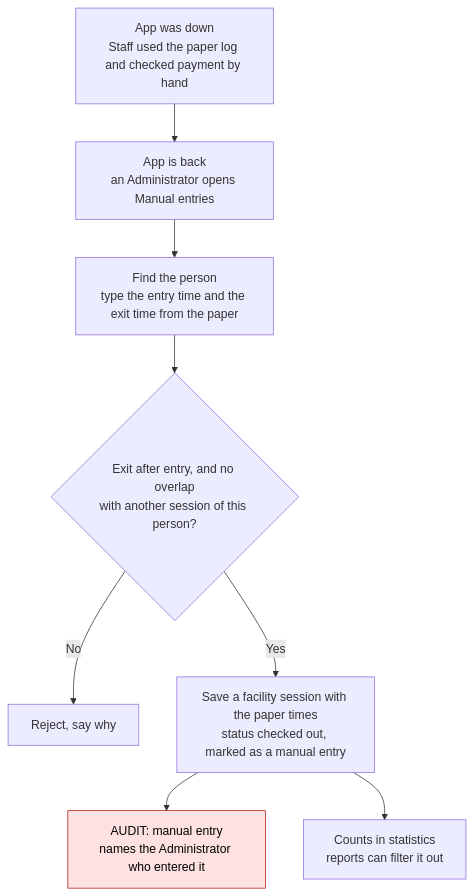
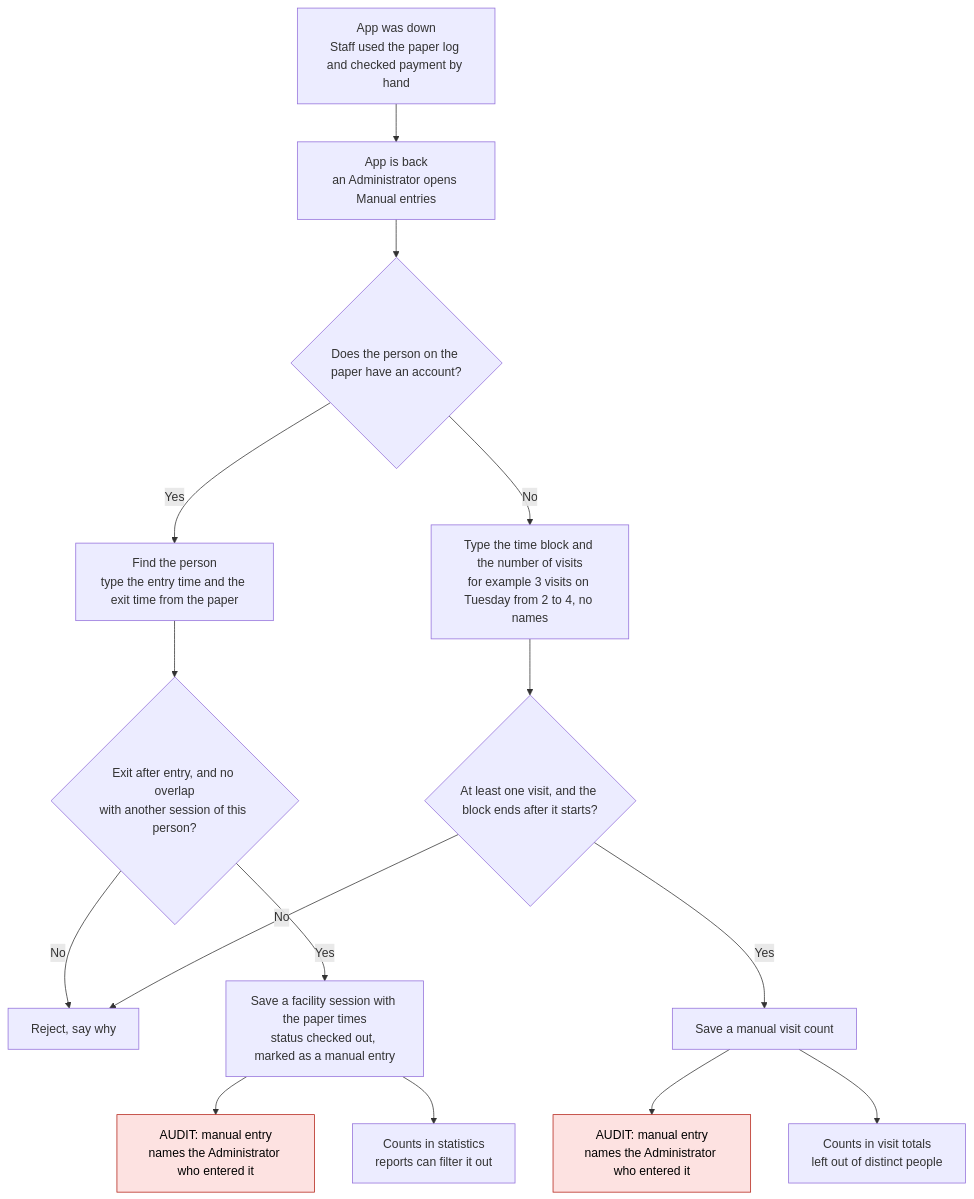
One commit to Th3-Minorities/natatorio-gym-app changed diagram 16 of 17 in docs/design/admin-flows.md. Above: the diagram before and after it, drawn with Mermaid. The commit also changed other lines of this file and 12 other files, not shown here.

````diff
--- a/docs/design/admin-flows.md
+++ b/docs/design/admin-flows.md
@@ -485,13 +489,20 @@
 ```mermaid
 flowchart TD
   M0["App was down<br/>Staff used the paper log and checked payment by hand"] --> M1["App is back<br/>an Administrator opens Manual entries"]
-  M1 --> M2["Find the person<br/>type the entry time and the exit time from the paper"]
+  M1 --> MA{"Does the person on the paper have an account?"}
+  MA -->|"Yes"| M2["Find the person<br/>type the entry time and the exit time from the paper"]
   M2 --> M3{"Exit after entry, and no overlap<br/>with another session of this person?"}
   M3 -->|"No"| M4["Reject, say why"]
   M3 -->|"Yes"| M5["Save a facility session with the paper times<br/>status checked out, marked as a manual entry"]
   M5 --> M6["AUDIT: manual entry<br/>names the Administrator who entered it"]
   M5 --> M7["Counts in statistics<br/>reports can filter it out"]
+  MA -->|"No"| C1["Type the time block and the number of visits<br/>for example 3 visits on Tuesday from 2 to 4, no names"]
+  C1 --> C2{"At least one visit, and the block ends after it starts?"}
+  C2 -->|"No"| M4
+  C2 -->|"Yes"| C3["Save a manual visit count"]
+  C3 --> C4["AUDIT: manual entry<br/>names the Administrator who entered it"]
+  C3 --> C5["Counts in visit totals<br/>left out of distinct people"]
 
   classDef audit fill:#fde2e1,stroke:#b42318,color:#000
-  class M6 audit
+  class M6,C4 audit
 ```
````
